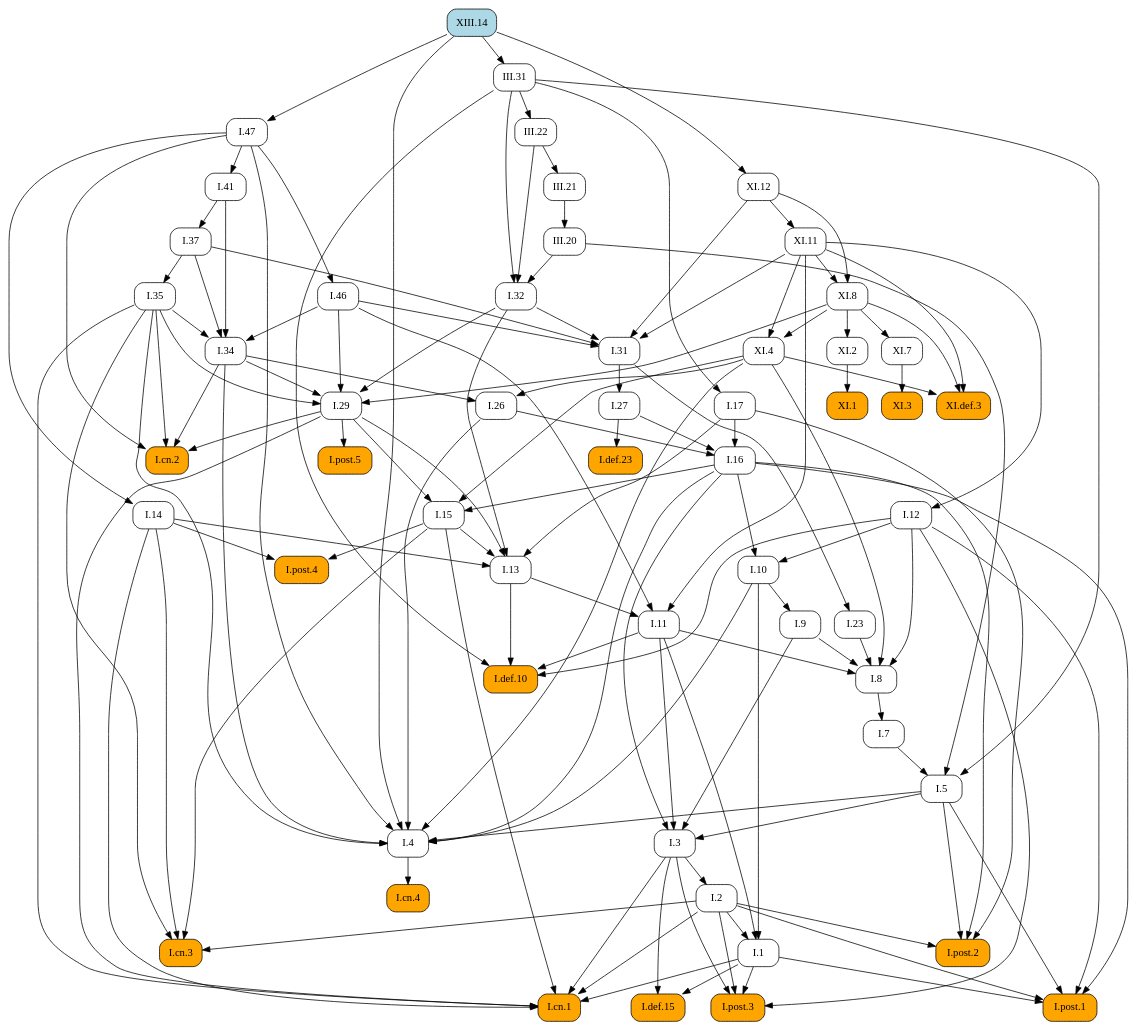
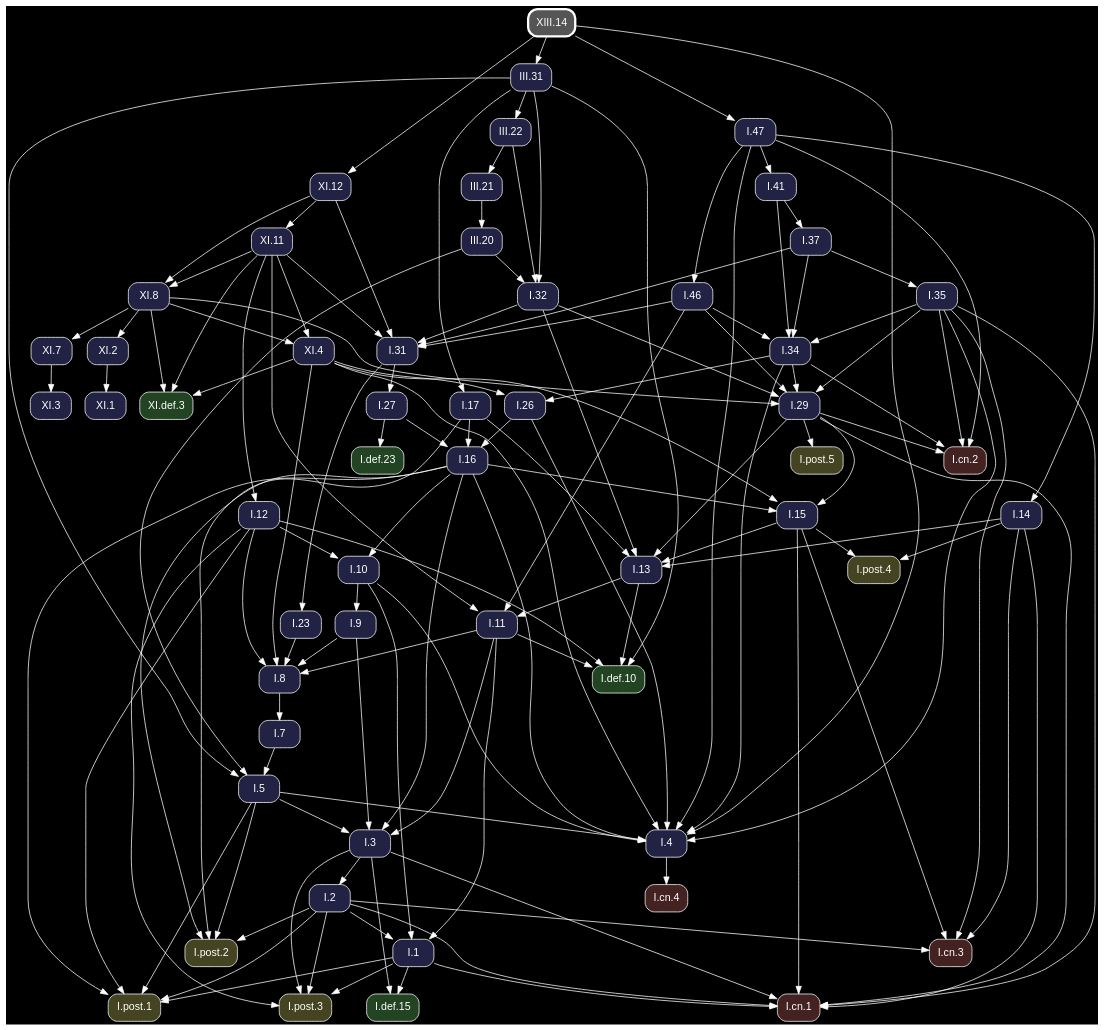
One commit to geometor/elements changed the diagram in docsrc/heath/XIII/14/index.rst. Above: the diagram before and after it, drawn with Graphviz. The commit also changed other lines of this file and 1200 other files, not shown here.

Commit message:
update dependency graphs

```diff
--- a/docsrc/heath/XIII/14/index.rst
+++ b/docsrc/heath/XIII/14/index.rst
@@ -61,112 +61,80 @@
 .. graphviz::
 
    digraph {
+     bgcolor="black";
+     node [shape=box, style="rounded,filled", fontname="Helvetica", color="white", fontcolor="white"];
+     edge [color="white", fontcolor="white"];
      rankdir="TB";
-     node [shape=box, style=rounded];
-     "I.23" [URL="/heath/I/23/", target="_top"];
-     "I.9" [URL="/heath/I/9/", target="_top"];
-     "I.32" [URL="/heath/I/32/", target="_top"];
-     "XI.4" [URL="/heath/XI/4/", target="_top"];
-     "I.def.15" [style="rounded,filled", fillcolor=orange, URL="/heath/I/def.15/", target="_top"];
-     "I.47" [URL="/heath/I/47/", target="_top"];
-     "XI.8" [URL="/heath/XI/8/", target="_top"];
-     "I.post.3" [style="rounded,filled", fillcolor=orange, URL="/heath/I/post.3/", target="_top"];
-     "I.post.1" [style="rounded,filled", fillcolor=orange, URL="/heath/I/post.1/", target="_top"];
-     "XIII.14" [style="rounded,filled", fillcolor=lightblue, URL="/heath/XIII/14/", target="_top"];
-     "III.20" [URL="/heath/III/20/", target="_top"];
-     "XI.3" [style="rounded,filled", fillcolor=orange, URL="/heath/XI/3/", target="_top"];
-     "I.31" [URL="/heath/I/31/", target="_top"];
-     "III.22" [URL="/heath/III/22/", target="_top"];
-     "I.def.10" [style="rounded,filled", fillcolor=orange, URL="/heath/I/def.10/", target="_top"];
-     "XI.12" [URL="/heath/XI/12/", target="_top"];
-     "XI.def.3" [style="rounded,filled", fillcolor=orange, URL="/heath/XI/def.3/", target="_top"];
-     "I.27" [URL="/heath/I/27/", target="_top"];
-     "I.14" [URL="/heath/I/14/", target="_top"];
-     "I.34" [URL="/heath/I/34/", target="_top"];
-     "XI.2" [URL="/heath/XI/2/", target="_top"];
-     "I.3" [URL="/heath/I/3/", target="_top"];
-     "XI.7" [URL="/heath/XI/7/", target="_top"];
-     "I.35" [URL="/heath/I/35/", target="_top"];
-     "I.cn.1" [style="rounded,filled", fillcolor=orange, URL="/heath/I/cn.1/", target="_top"];
-     "I.7" [URL="/heath/I/7/", target="_top"];
-     "I.2" [URL="/heath/I/2/", target="_top"];
-     "I.13" [URL="/heath/I/13/", target="_top"];
-     "I.post.4" [style="rounded,filled", fillcolor=orange, URL="/heath/I/post.4/", target="_top"];
-     "I.4" [URL="/heath/I/4/", target="_top"];
-     "I.1" [URL="/heath/I/1/", target="_top"];
-     "I.5" [URL="/heath/I/5/", target="_top"];
-     "I.17" [URL="/heath/I/17/", target="_top"];
-     "I.37" [URL="/heath/I/37/", target="_top"];
-     "I.8" [URL="/heath/I/8/", target="_top"];
-     "I.cn.3" [style="rounded,filled", fillcolor=orange, URL="/heath/I/cn.3/", target="_top"];
-     "I.29" [URL="/heath/I/29/", target="_top"];
-     "I.16" [URL="/heath/I/16/", target="_top"];
-     "III.31" [URL="/heath/III/31/", target="_top"];
-     "I.15" [URL="/heath/I/15/", target="_top"];
-     "I.10" [URL="/heath/I/10/", target="_top"];
-     "I.11" [URL="/heath/I/11/", target="_top"];
-     "I.def.23" [style="rounded,filled", fillcolor=orange, URL="/heath/I/def.23/", target="_top"];
-     "I.cn.2" [style="rounded,filled", fillcolor=orange, URL="/heath/I/cn.2/", target="_top"];
-     "I.post.5" [style="rounded,filled", fillcolor=orange, URL="/heath/I/post.5/", target="_top"];
-     "I.12" [URL="/heath/I/12/", target="_top"];
-     "I.cn.4" [style="rounded,filled", fillcolor=orange, URL="/heath/I/cn.4/", target="_top"];
-     "III.21" [URL="/heath/III/21/", target="_top"];
-     "I.41" [URL="/heath/I/41/", target="_top"];
-     "I.post.2" [style="rounded,filled", fillcolor=orange, URL="/heath/I/post.2/", target="_top"];
-     "XI.11" [URL="/heath/XI/11/", target="_top"];
-     "I.46" [URL="/heath/I/46/", target="_top"];
-     "I.26" [URL="/heath/I/26/", target="_top"];
-     "XI.1" [style="rounded,filled", fillcolor=orange, URL="/heath/XI/1/", target="_top"];
-     "I.31" -> "I.23";
-     "I.10" -> "I.9";
-     "III.20" -> "I.32";
-     "III.22" -> "I.32";
-     "III.31" -> "I.32";
-     "XI.8" -> "XI.4";
-     "XI.11" -> "XI.4";
-     "I.1" -> "I.def.15";
-     "I.3" -> "I.def.15";
-     "XIII.14" -> "I.47";
-     "XI.11" -> "XI.8";
-     "XI.12" -> "XI.8";
-     "I.1" -> "I.post.3";
-     "I.2" -> "I.post.3";
-     "I.3" -> "I.post.3";
-     "I.12" -> "I.post.3";
-     "I.1" -> "I.post.1";
-     "I.2" -> "I.post.1";
-     "I.5" -> "I.post.1";
-     "I.12" -> "I.post.1";
-     "I.16" -> "I.post.1";
-     "III.21" -> "III.20";
-     "XI.7" -> "XI.3";
+     "I.31" [fillcolor="#222244", URL="/heath/I/31/", target="_top"];
+     "XI.8" [fillcolor="#222244", URL="/heath/XI/8/", target="_top"];
+     "I.12" [fillcolor="#222244", URL="/heath/I/12/", target="_top"];
+     "I.32" [fillcolor="#222244", URL="/heath/I/32/", target="_top"];
+     "I.3" [fillcolor="#222244", URL="/heath/I/3/", target="_top"];
+     "XI.7" [fillcolor="#222244", URL="/heath/XI/7/", target="_top"];
+     "I.cn.1" [fillcolor="#442222", URL="/heath/I/cn.1/", target="_top"];
+     "XI.def.3" [fillcolor="#224422", URL="/heath/XI/def.3/", target="_top"];
+     "I.def.10" [fillcolor="#224422", URL="/heath/I/def.10/", target="_top"];
+     "I.15" [fillcolor="#222244", URL="/heath/I/15/", target="_top"];
+     "XIII.14" [penwidth=3, color="white", fillcolor="#555555", URL="/heath/XIII/14/", target="_top"];
+     "I.13" [fillcolor="#222244", URL="/heath/I/13/", target="_top"];
+     "I.27" [fillcolor="#222244", URL="/heath/I/27/", target="_top"];
+     "I.2" [fillcolor="#222244", URL="/heath/I/2/", target="_top"];
+     "I.41" [fillcolor="#222244", URL="/heath/I/41/", target="_top"];
+     "I.cn.2" [fillcolor="#442222", URL="/heath/I/cn.2/", target="_top"];
+     "XI.3" [fillcolor="#222244", URL="/heath/XI/3/", target="_top"];
+     "XI.1" [fillcolor="#222244", URL="/heath/XI/1/", target="_top"];
+     "I.9" [fillcolor="#222244", URL="/heath/I/9/", target="_top"];
+     "XI.11" [fillcolor="#222244", URL="/heath/XI/11/", target="_top"];
+     "I.1" [fillcolor="#222244", URL="/heath/I/1/", target="_top"];
+     "I.post.5" [fillcolor="#444422", URL="/heath/I/post.5/", target="_top"];
+     "I.post.4" [fillcolor="#444422", URL="/heath/I/post.4/", target="_top"];
+     "I.23" [fillcolor="#222244", URL="/heath/I/23/", target="_top"];
+     "I.26" [fillcolor="#222244", URL="/heath/I/26/", target="_top"];
+     "I.8" [fillcolor="#222244", URL="/heath/I/8/", target="_top"];
+     "I.4" [fillcolor="#222244", URL="/heath/I/4/", target="_top"];
+     "I.7" [fillcolor="#222244", URL="/heath/I/7/", target="_top"];
+     "I.5" [fillcolor="#222244", URL="/heath/I/5/", target="_top"];
+     "I.10" [fillcolor="#222244", URL="/heath/I/10/", target="_top"];
+     "III.22" [fillcolor="#222244", URL="/heath/III/22/", target="_top"];
+     "I.46" [fillcolor="#222244", URL="/heath/I/46/", target="_top"];
+     "I.post.1" [fillcolor="#444422", URL="/heath/I/post.1/", target="_top"];
+     "I.11" [fillcolor="#222244", URL="/heath/I/11/", target="_top"];
+     "I.37" [fillcolor="#222244", URL="/heath/I/37/", target="_top"];
+     "I.16" [fillcolor="#222244", URL="/heath/I/16/", target="_top"];
+     "I.cn.3" [fillcolor="#442222", URL="/heath/I/cn.3/", target="_top"];
+     "III.21" [fillcolor="#222244", URL="/heath/III/21/", target="_top"];
+     "I.29" [fillcolor="#222244", URL="/heath/I/29/", target="_top"];
+     "I.post.2" [fillcolor="#444422", URL="/heath/I/post.2/", target="_top"];
+     "I.cn.4" [fillcolor="#442222", URL="/heath/I/cn.4/", target="_top"];
+     "I.47" [fillcolor="#222244", URL="/heath/I/47/", target="_top"];
+     "XI.12" [fillcolor="#222244", URL="/heath/XI/12/", target="_top"];
+     "I.14" [fillcolor="#222244", URL="/heath/I/14/", target="_top"];
+     "I.35" [fillcolor="#222244", URL="/heath/I/35/", target="_top"];
+     "I.def.23" [fillcolor="#224422", URL="/heath/I/def.23/", target="_top"];
+     "III.31" [fillcolor="#222244", URL="/heath/III/31/", target="_top"];
+     "I.post.3" [fillcolor="#444422", URL="/heath/I/post.3/", target="_top"];
+     "I.34" [fillcolor="#222244", URL="/heath/I/34/", target="_top"];
+     "III.20" [fillcolor="#222244", URL="/heath/III/20/", target="_top"];
+     "I.def.15" [fillcolor="#224422", URL="/heath/I/def.15/", target="_top"];
+     "XI.4" [fillcolor="#222244", URL="/heath/XI/4/", target="_top"];
+     "XI.2" [fillcolor="#222244", URL="/heath/XI/2/", target="_top"];
+     "I.17" [fillcolor="#222244", URL="/heath/I/17/", target="_top"];
      "I.32" -> "I.31";
      "I.37" -> "I.31";
      "I.46" -> "I.31";
      "XI.11" -> "I.31";
      "XI.12" -> "I.31";
-     "III.31" -> "III.22";
-     "I.11" -> "I.def.10";
-     "I.12" -> "I.def.10";
-     "I.13" -> "I.def.10";
-     "III.31" -> "I.def.10";
-     "XIII.14" -> "XI.12";
-     "XI.4" -> "XI.def.3";
-     "XI.8" -> "XI.def.3";
-     "XI.11" -> "XI.def.3";
-     "I.31" -> "I.27";
-     "I.47" -> "I.14";
-     "I.35" -> "I.34";
-     "I.37" -> "I.34";
-     "I.41" -> "I.34";
-     "I.46" -> "I.34";
-     "XI.8" -> "XI.2";
+     "XI.11" -> "XI.8";
+     "XI.12" -> "XI.8";
+     "XI.11" -> "I.12";
+     "III.20" -> "I.32";
+     "III.22" -> "I.32";
+     "III.31" -> "I.32";
      "I.5" -> "I.3";
      "I.9" -> "I.3";
      "I.11" -> "I.3";
      "I.16" -> "I.3";
      "XI.8" -> "XI.7";
-     "I.37" -> "I.35";
      "I.1" -> "I.cn.1";
      "I.2" -> "I.cn.1";
      "I.3" -> "I.cn.1";
@@ -174,15 +142,46 @@
      "I.15" -> "I.cn.1";
      "I.29" -> "I.cn.1";
      "I.35" -> "I.cn.1";
-     "I.8" -> "I.7";
-     "I.3" -> "I.2";
+     "XI.4" -> "XI.def.3";
+     "XI.8" -> "XI.def.3";
+     "XI.11" -> "XI.def.3";
+     "I.11" -> "I.def.10";
+     "I.12" -> "I.def.10";
+     "I.13" -> "I.def.10";
+     "III.31" -> "I.def.10";
+     "I.16" -> "I.15";
+     "I.29" -> "I.15";
+     "XI.4" -> "I.15";
      "I.14" -> "I.13";
      "I.15" -> "I.13";
      "I.17" -> "I.13";
      "I.29" -> "I.13";
      "I.32" -> "I.13";
+     "I.31" -> "I.27";
+     "I.3" -> "I.2";
+     "I.47" -> "I.41";
+     "I.29" -> "I.cn.2";
+     "I.34" -> "I.cn.2";
+     "I.35" -> "I.cn.2";
+     "I.47" -> "I.cn.2";
+     "XI.7" -> "XI.3";
+     "XI.2" -> "XI.1";
+     "I.10" -> "I.9";
+     "XI.12" -> "XI.11";
+     "I.2" -> "I.1";
+     "I.10" -> "I.1";
+     "I.11" -> "I.1";
+     "I.29" -> "I.post.5";
      "I.14" -> "I.post.4";
      "I.15" -> "I.post.4";
+     "I.31" -> "I.23";
+     "I.34" -> "I.26";
+     "XI.4" -> "I.26";
+     "I.9" -> "I.8";
+     "I.11" -> "I.8";
+     "I.12" -> "I.8";
+     "I.23" -> "I.8";
+     "XI.4" -> "I.8";
      "I.5" -> "I.4";
      "I.10" -> "I.4";
      "I.16" -> "I.4";
@@ -192,57 +191,60 @@
      "I.47" -> "I.4";
      "XI.4" -> "I.4";
      "XIII.14" -> "I.4";
-     "I.2" -> "I.1";
-     "I.10" -> "I.1";
-     "I.11" -> "I.1";
+     "I.8" -> "I.7";
      "I.7" -> "I.5";
      "III.20" -> "I.5";
      "III.31" -> "I.5";
-     "III.31" -> "I.17";
+     "I.12" -> "I.10";
+     "I.16" -> "I.10";
+     "III.31" -> "III.22";
+     "I.47" -> "I.46";
+     "I.1" -> "I.post.1";
+     "I.2" -> "I.post.1";
+     "I.5" -> "I.post.1";
+     "I.12" -> "I.post.1";
+     "I.16" -> "I.post.1";
+     "I.13" -> "I.11";
+     "I.46" -> "I.11";
+     "XI.11" -> "I.11";
      "I.41" -> "I.37";
-     "I.9" -> "I.8";
-     "I.11" -> "I.8";
-     "I.12" -> "I.8";
-     "I.23" -> "I.8";
-     "XI.4" -> "I.8";
+     "I.17" -> "I.16";
+     "I.26" -> "I.16";
+     "I.27" -> "I.16";
      "I.2" -> "I.cn.3";
      "I.14" -> "I.cn.3";
      "I.15" -> "I.cn.3";
      "I.35" -> "I.cn.3";
+     "III.22" -> "III.21";
      "I.32" -> "I.29";
      "I.34" -> "I.29";
      "I.35" -> "I.29";
      "I.46" -> "I.29";
      "XI.8" -> "I.29";
-     "I.17" -> "I.16";
-     "I.26" -> "I.16";
-     "I.27" -> "I.16";
-     "XIII.14" -> "III.31";
-     "I.16" -> "I.15";
-     "I.29" -> "I.15";
-     "XI.4" -> "I.15";
-     "I.12" -> "I.10";
-     "I.16" -> "I.10";
-     "I.13" -> "I.11";
-     "I.46" -> "I.11";
-     "XI.11" -> "I.11";
-     "I.27" -> "I.def.23";
-     "I.29" -> "I.cn.2";
-     "I.34" -> "I.cn.2";
-     "I.35" -> "I.cn.2";
-     "I.47" -> "I.cn.2";
-     "I.29" -> "I.post.5";
-     "XI.11" -> "I.12";
-     "I.4" -> "I.cn.4";
-     "III.22" -> "III.21";
-     "I.47" -> "I.41";
      "I.2" -> "I.post.2";
      "I.5" -> "I.post.2";
      "I.16" -> "I.post.2";
      "I.17" -> "I.post.2";
-     "XI.12" -> "XI.11";
-     "I.47" -> "I.46";
-     "I.34" -> "I.26";
-     "XI.4" -> "I.26";
-     "XI.2" -> "XI.1";
+     "I.4" -> "I.cn.4";
+     "XIII.14" -> "I.47";
+     "XIII.14" -> "XI.12";
+     "I.47" -> "I.14";
+     "I.37" -> "I.35";
+     "I.27" -> "I.def.23";
+     "XIII.14" -> "III.31";
+     "I.1" -> "I.post.3";
+     "I.2" -> "I.post.3";
+     "I.3" -> "I.post.3";
+     "I.12" -> "I.post.3";
+     "I.35" -> "I.34";
+     "I.37" -> "I.34";
+     "I.41" -> "I.34";
+     "I.46" -> "I.34";
+     "III.21" -> "III.20";
+     "I.1" -> "I.def.15";
+     "I.3" -> "I.def.15";
+     "XI.8" -> "XI.4";
+     "XI.11" -> "XI.4";
+     "XI.8" -> "XI.2";
+     "III.31" -> "I.17";
    }
```
